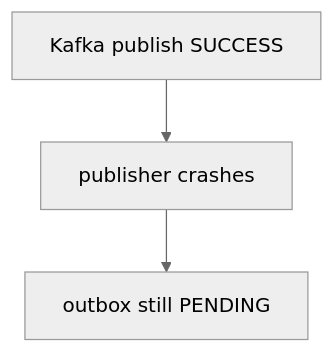
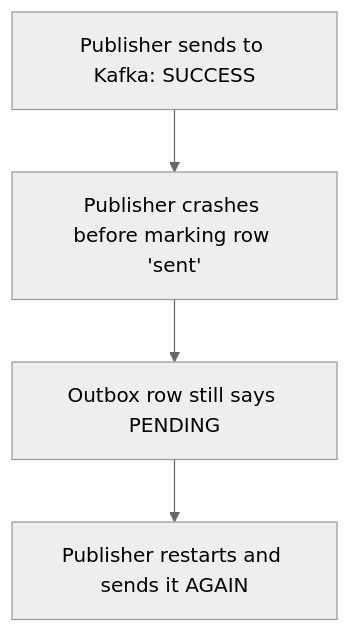
One commit to pankajThakur1874/studysheet changed diagram 21 of 29 in files/08-edge-cases/Tier-1-Production-Failures.md. Above: the diagram before and after it, drawn with Mermaid (neutral theme). The commit also changed other lines of this file and 5 other files, not shown here.

````diff
--- a/files/08-edge-cases/Tier-1-Production-Failures.md
+++ b/files/08-edge-cases/Tier-1-Production-Failures.md
@@ -786,5 +913,6 @@
 ```mermaid
 flowchart TD
-    A["Kafka publish SUCCESS"] --> B["publisher crashes"]
-    B --> C["outbox still PENDING"]
+    A["Publisher sends to Kafka: SUCCESS"] --> B["Publisher crashes before marking row 'sent'"]
+    B --> C["Outbox row still says PENDING"]
+    C --> D["Publisher restarts and sends it AGAIN"]
 ```
````
